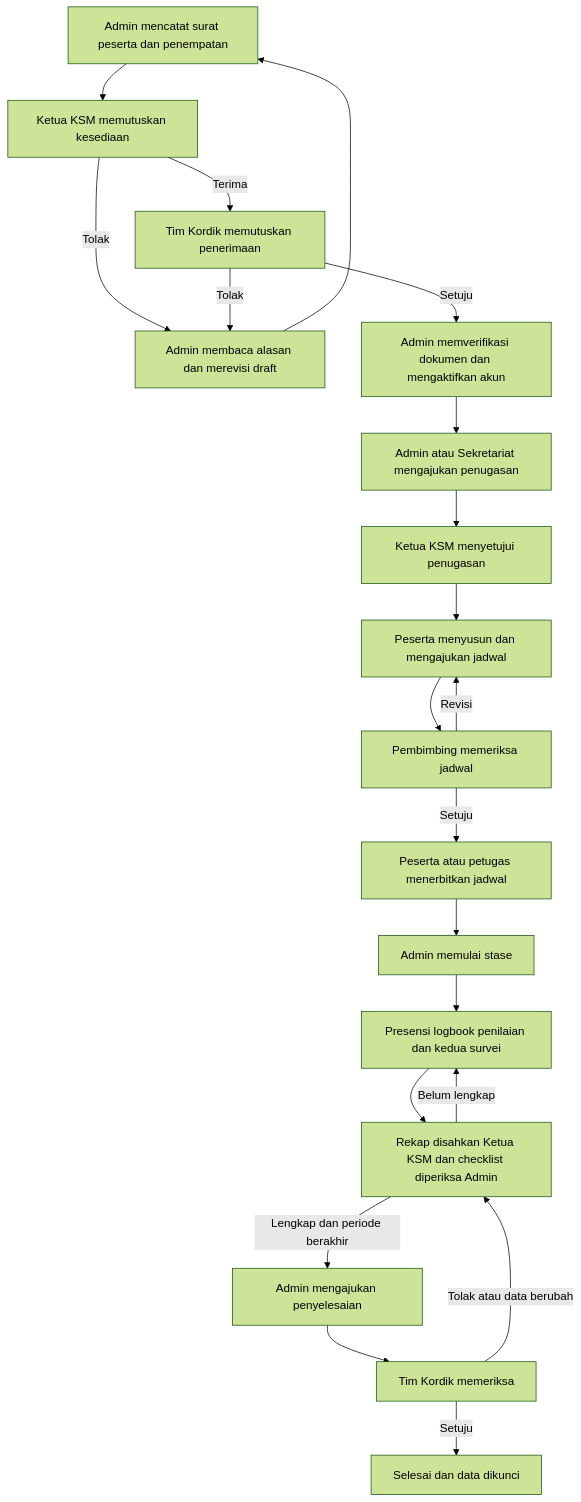
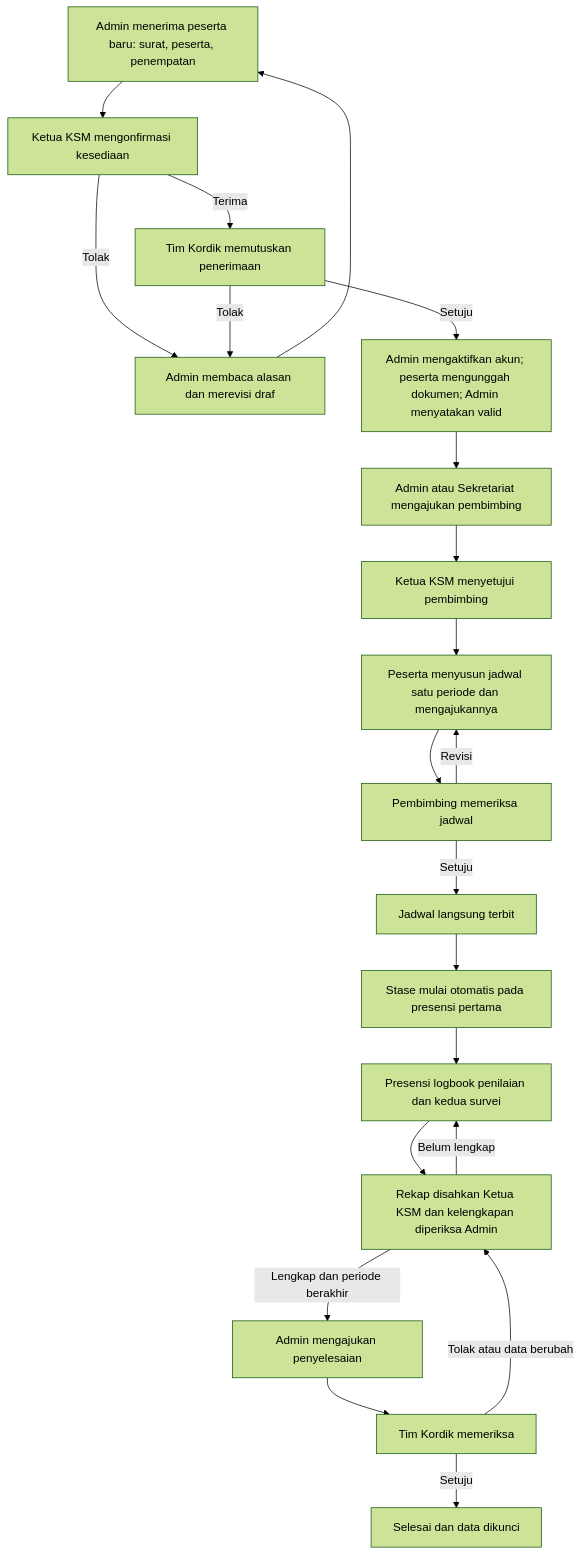
One commit to komangindra86/sikordik changed the diagram in docs/PANDUAN-PENGGUNA.md. Above: the diagram before and after it, drawn with Mermaid (forest theme). The commit also changed other lines of this file and 14 other files, not shown here.

````diff
--- a/docs/PANDUAN-PENGGUNA.md
+++ b/docs/PANDUAN-PENGGUNA.md
@@ -60,23 +58,23 @@
 ```mermaid
 flowchart TD
-    A[Admin mencatat surat peserta dan penempatan] --> B[Ketua KSM memutuskan kesediaan]
+    A[Admin menerima peserta baru: surat, peserta, penempatan] --> B[Ketua KSM mengonfirmasi kesediaan]
     B -->|Terima| C[Tim Kordik memutuskan penerimaan]
-    B -->|Tolak| R[Admin membaca alasan dan merevisi draft]
+    B -->|Tolak| R[Admin membaca alasan dan merevisi draf]
     C -->|Tolak| R
     R --> A
-    C -->|Setuju| D[Admin memverifikasi dokumen dan mengaktifkan akun]
-    D --> E[Admin atau Sekretariat mengajukan penugasan]
-    E --> F[Ketua KSM menyetujui penugasan]
-    F --> G[Peserta menyusun dan mengajukan jadwal]
+    C -->|Setuju| D[Admin mengaktifkan akun; peserta mengunggah dokumen; Admin menyatakan valid]
+    D --> E[Admin atau Sekretariat mengajukan pembimbing]
+    E --> F[Ketua KSM menyetujui pembimbing]
+    F --> G[Peserta menyusun jadwal satu periode dan mengajukannya]
     G --> H[Pembimbing memeriksa jadwal]
     H -->|Revisi| G
-    H -->|Setuju| I[Peserta atau petugas menerbitkan jadwal]
-    I --> J[Admin memulai stase]
+    H -->|Setuju| I[Jadwal langsung terbit]
+    I --> J[Stase mulai otomatis pada presensi pertama]
     J --> K[Presensi logbook penilaian dan kedua survei]
-    K --> L[Rekap disahkan Ketua KSM dan checklist diperiksa Admin]
+    K --> L[Rekap disahkan Ketua KSM dan kelengkapan diperiksa Admin]
     L -->|Belum lengkap| K
     L -->|Lengkap dan periode berakhir| M[Admin mengajukan penyelesaian]
     M --> N[Tim Kordik memeriksa]
     N -->|Tolak atau data berubah| L
     N -->|Setuju| O[Selesai dan data dikunci]
 ```
````
